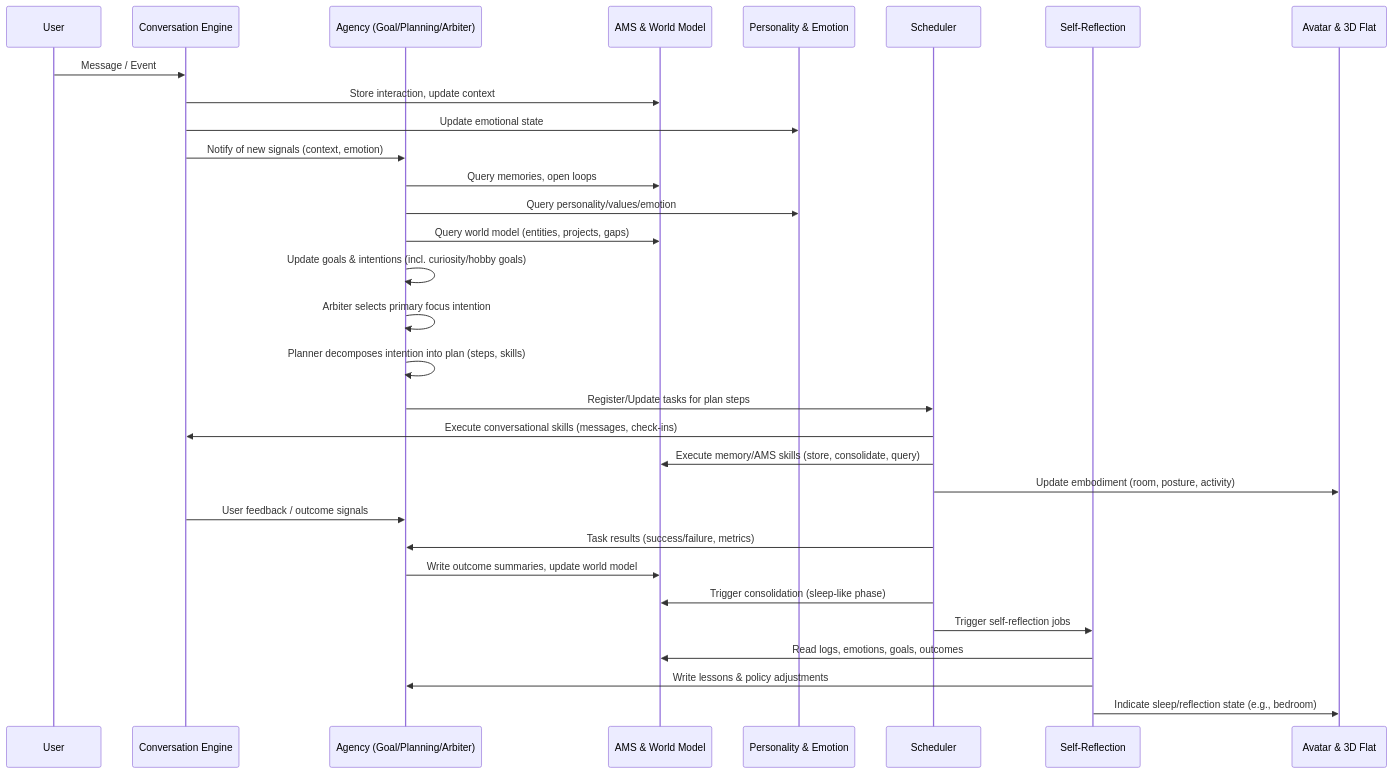
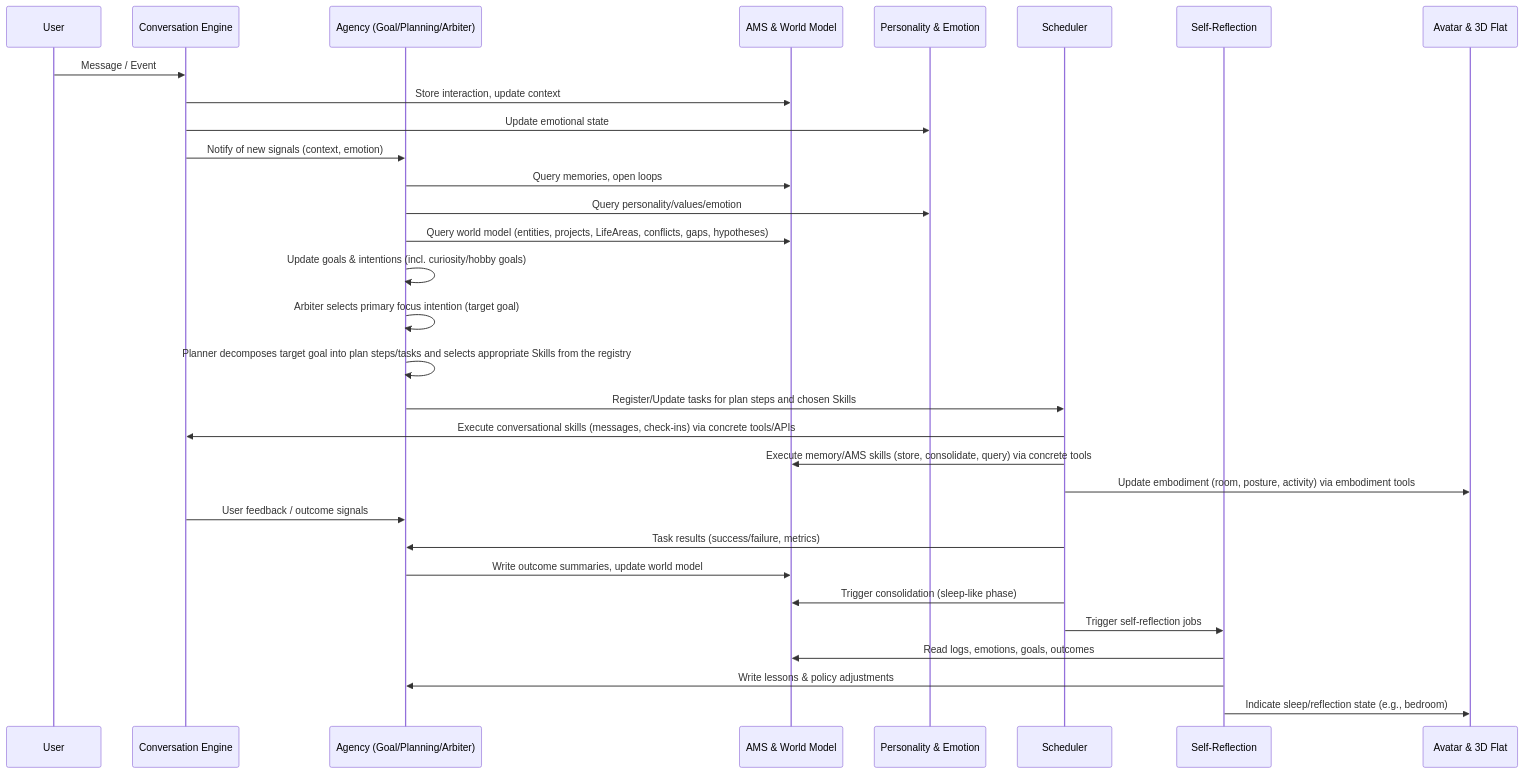
One commit to boeni-industries/aico changed the fifth of 5 diagrams in docs/concepts/agency/agency-architecture.md. Above: the diagram before and after it, drawn with Mermaid. The commit also changed other lines of this file and 15 other files, not shown here.

````diff
--- a/docs/concepts/agency/agency-architecture.md
+++ b/docs/concepts/agency/agency-architecture.md
@@ -316,43 +316,43 @@
 ```mermaid
 sequenceDiagram
     participant User as User
     participant CE as Conversation Engine
     participant AG as Agency (Goal/Planning/Arbiter)
     participant AMS as AMS & World Model
     participant PE as Personality & Emotion
     participant SCH as Scheduler
     participant SR as Self-Reflection
     participant AV as Avatar & 3D Flat
 
     %% Perception & Interpretation
     User->>CE: Message / Event
     CE->>AMS: Store interaction, update context
     CE->>PE: Update emotional state
     CE->>AG: Notify of new signals (context, emotion)
 
-    %% Goal update & planning
+    %% Goal update & planning (Goal -> Plan steps -> Skills)
     AG->>AMS: Query memories, open loops
     AG->>PE: Query personality/values/emotion
-    AG->>AMS: Query world model (entities, projects, gaps)
+    AG->>AMS: Query world model (entities, projects, LifeAreas, conflicts, gaps, hypotheses)
     AG->>AG: Update goals & intentions (incl. curiosity/hobby goals)
-    AG->>AG: Arbiter selects primary focus intention
-    AG->>AG: Planner decomposes intention into plan (steps, skills)
+    AG->>AG: Arbiter selects primary focus intention (target goal)
+    AG->>AG: Planner decomposes target goal into plan steps/tasks and selects appropriate Skills from the registry
 
-    %% Scheduling & execution
-    AG->>SCH: Register/Update tasks for plan steps
-    SCH->>CE: Execute conversational skills (messages, check-ins)
-    SCH->>AMS: Execute memory/AMS skills (store, consolidate, query)
-    SCH->>AV: Update embodiment (room, posture, activity)
+    %% Scheduling & execution (Skills -> Tools)
+    AG->>SCH: Register/Update tasks for plan steps and chosen Skills
+    SCH->>CE: Execute conversational skills (messages, check-ins) via concrete tools/APIs
+    SCH->>AMS: Execute memory/AMS skills (store, consolidate, query) via concrete tools
+    SCH->>AV: Update embodiment (room, posture, activity) via embodiment tools
 
     %% Evaluation & feedback
     CE->>AG: User feedback / outcome signals
     SCH->>AG: Task results (success/failure, metrics)
     AG->>AMS: Write outcome summaries, update world model
 
     %% Sleep-like phase & self-reflection
     SCH->>AMS: Trigger consolidation (sleep-like phase)
     SCH->>SR: Trigger self-reflection jobs
     SR->>AMS: Read logs, emotions, goals, outcomes
     SR->>AG: Write lessons & policy adjustments
     SR->>AV: Indicate sleep/reflection state (e.g., bedroom)
 ```
````
